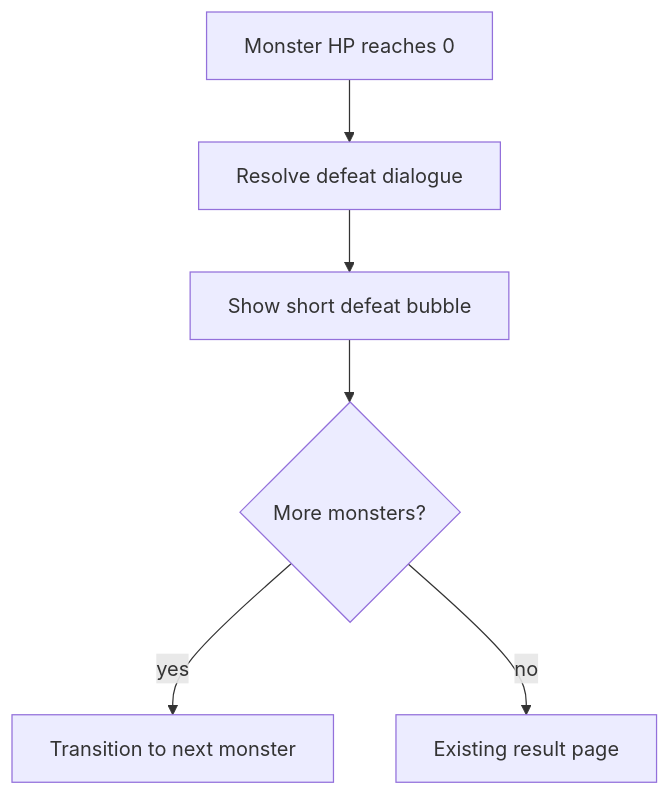
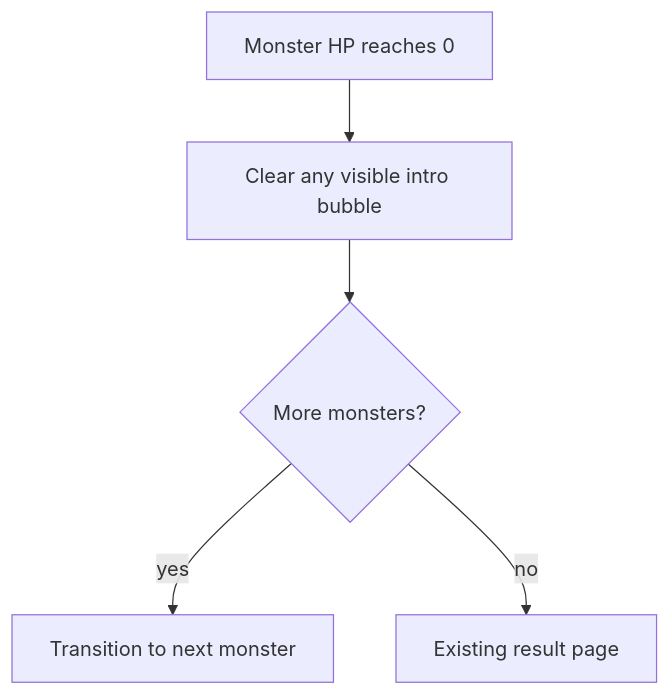
One commit to terryma2024/happyword changed the third of 3 diagrams in docs/features/2026-05-25-boss-dialogue-v0-9-2/00-design.md. Above: the diagram before and after it, drawn with Mermaid. The commit also changed other lines of this file and 46 other files, not shown here.

````diff
--- a/docs/features/2026-05-25-boss-dialogue-v0-9-2/00-design.md
+++ b/docs/features/2026-05-25-boss-dialogue-v0-9-2/00-design.md
@@ -61,8 +60,7 @@
 ```mermaid
 flowchart TD
-  defeat["Monster HP reaches 0"] --> lookup["Resolve defeat dialogue"]
-  lookup --> bubble["Show short defeat bubble"]
-  bubble --> next{"More monsters?"}
+  defeat["Monster HP reaches 0"] --> clear["Clear any visible intro bubble"]
+  clear --> next{"More monsters?"}
   next -->|yes| spawn["Transition to next monster"]
   next -->|no| result["Existing result page"]
 ```
````
